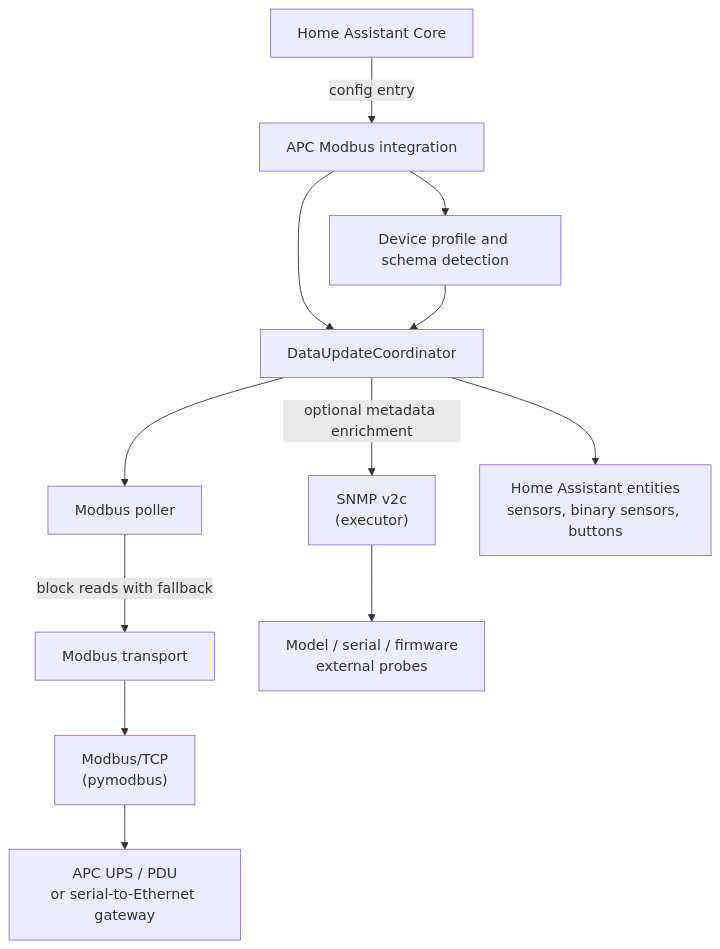
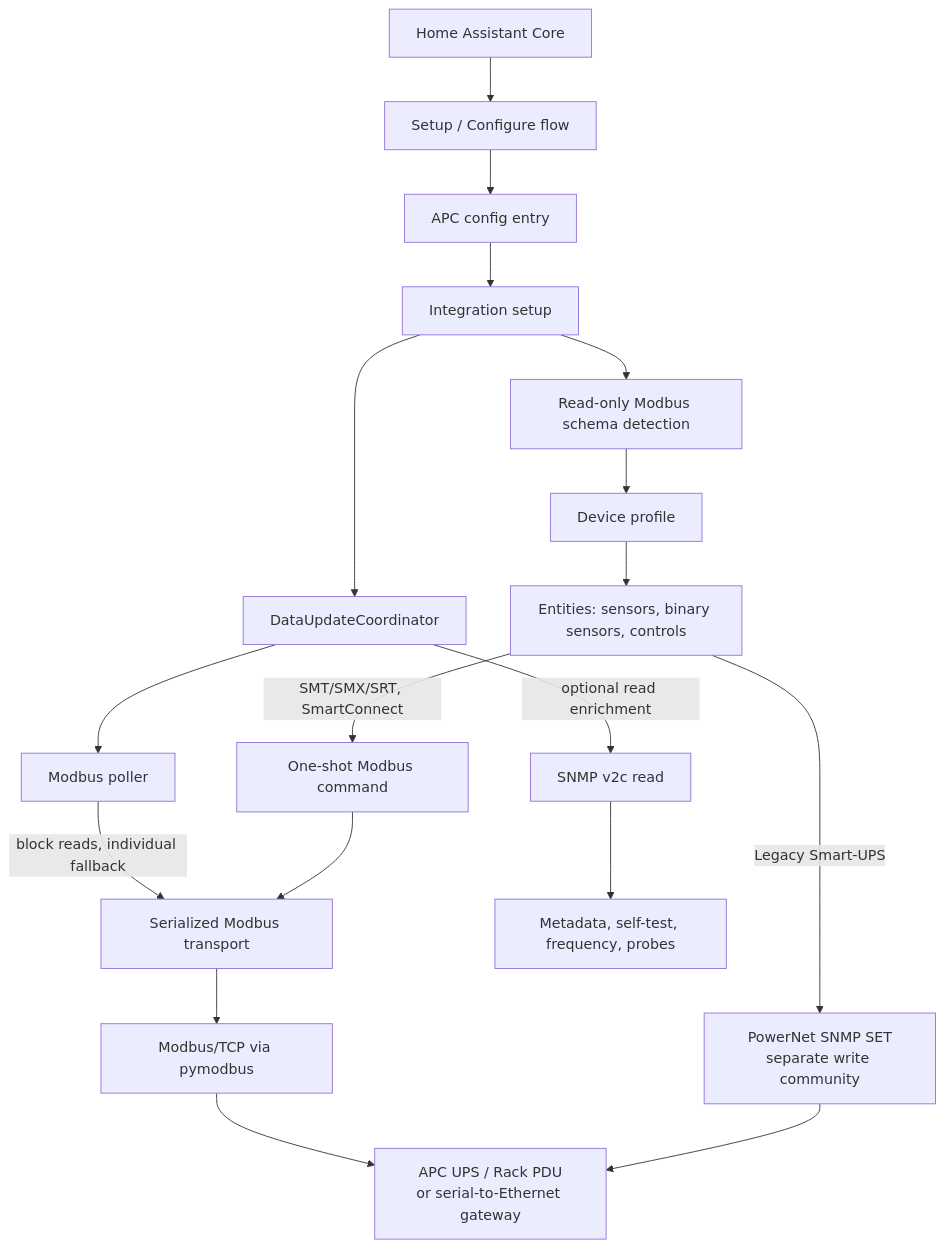
The diagram in README.md (aburow/apc-modbus-snmp-ha), drawn with Mermaid before and after one commit. The commit also changed other lines of this file and 6 other files, not shown here.

Commit message:
Fix current Home Assistant options flow

````diff
--- a/README.md
+++ b/README.md
@@ -110,14 +99,20 @@
 ```mermaid
 graph TD
-  HA[Home Assistant Core] -->|config entry| INTEGRATION[APC Modbus integration]
-  INTEGRATION --> PROFILE[Device profile and schema detection]
-  INTEGRATION --> COORD[DataUpdateCoordinator]
-  PROFILE --> COORD
+  HA[Home Assistant Core] --> FLOW[Setup / Configure flow]
+  FLOW --> ENTRY[APC config entry]
+  ENTRY --> SETUP[Integration setup]
+  SETUP --> DETECT[Read-only Modbus schema detection]
+  DETECT --> PROFILE[Device profile]
+  SETUP --> COORD[DataUpdateCoordinator]
+  PROFILE --> ENT[Entities: sensors, binary sensors, controls]
   COORD --> POLLER[Modbus poller]
-  POLLER -->|block reads with fallback| TRANSPORT[Modbus transport]
-  TRANSPORT --> MODBUS["Modbus/TCP<br/>(pymodbus)"]
-  MODBUS --> DEVICE["APC UPS / PDU<br/>or serial-to-Ethernet gateway"]
-  COORD -->|optional metadata enrichment| SNMP["SNMP v2c<br/>(executor)"]
-  SNMP --> META["Model / serial / firmware<br/>external probes"]
-  COORD --> ENT["Home Assistant entities<br/>sensors, binary sensors, buttons"]
+  POLLER -->|block reads, individual fallback| TRANSPORT[Serialized Modbus transport]
+  TRANSPORT --> MODBUS["Modbus/TCP via pymodbus"]
+  MODBUS --> DEVICE["APC UPS / Rack PDU<br/>or serial-to-Ethernet gateway"]
+  COORD -->|optional read enrichment| SNMPREAD["SNMP v2c read"]
+  SNMPREAD --> META["Metadata, self-test, frequency, probes"]
+  ENT -->|SMT/SMX/SRT, SmartConnect| MODBUSWRITE["One-shot Modbus command"]
+  MODBUSWRITE --> TRANSPORT
+  ENT -->|Legacy Smart-UPS| SNMPWRITE["PowerNet SNMP SET<br/>separate write community"]
+  SNMPWRITE --> DEVICE
 ```
````
